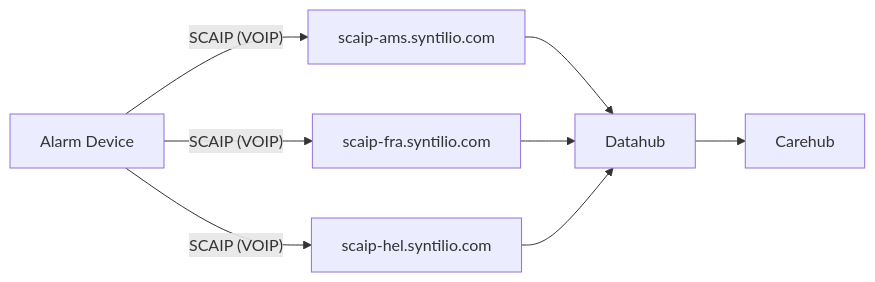
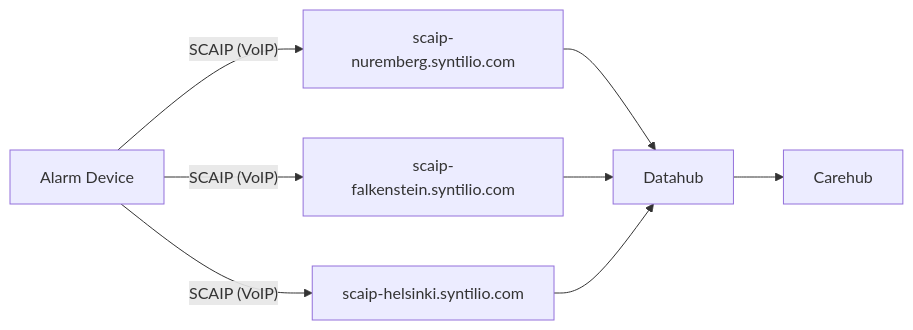
The second of 2 diagrams in README.md (Syntilio/Datahub-Scaip-Proxy), drawn with Mermaid before and after one commit.

````diff
--- a/README.md
+++ b/README.md
@@ -24,14 +24,14 @@
 ```mermaid
 flowchart LR
     A[Alarm Device]
 
-    A -- "SCAIP (VOIP)" --> B[scaip-ams.syntilio.com]
-    A -- "SCAIP (VOIP)" --> C[scaip-fra.syntilio.com]
-    A -- "SCAIP (VOIP)" --> D[scaip-hel.syntilio.com]
+    A -- "SCAIP (VoIP)" --> B[scaip-nuremberg.syntilio.com]
+    A -- "SCAIP (VoIP)" --> C[scaip-falkenstein.syntilio.com]
+    A -- "SCAIP (VoIP)" --> D[scaip-helsinki.syntilio.com]
 
     B --> E[Datahub]
     C --> E
     D --> E
 
     E --> F[Carehub]
 ```
````
